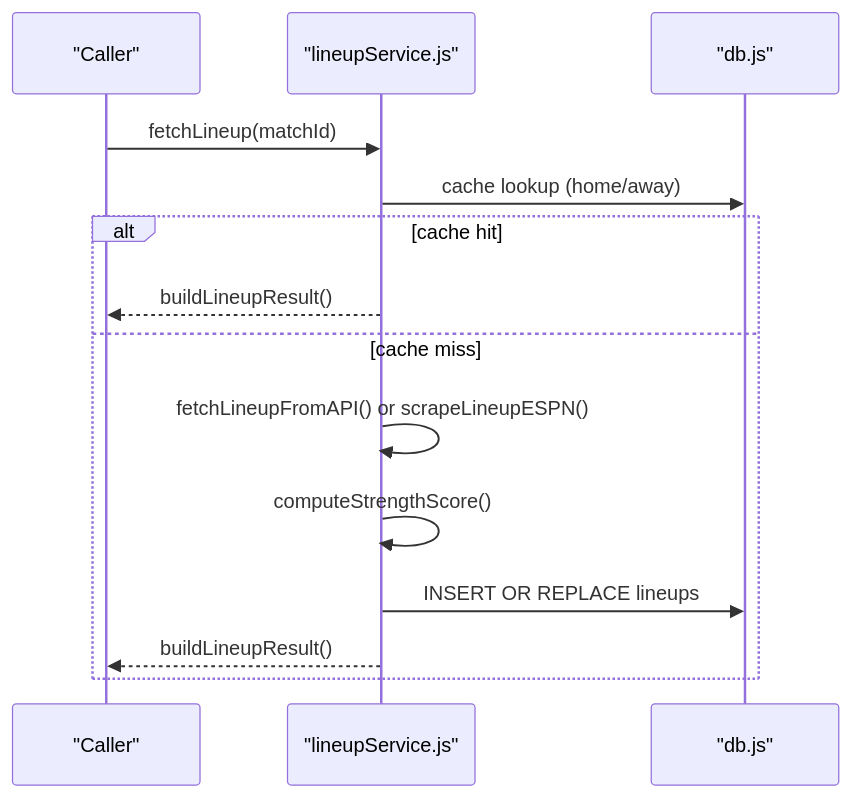
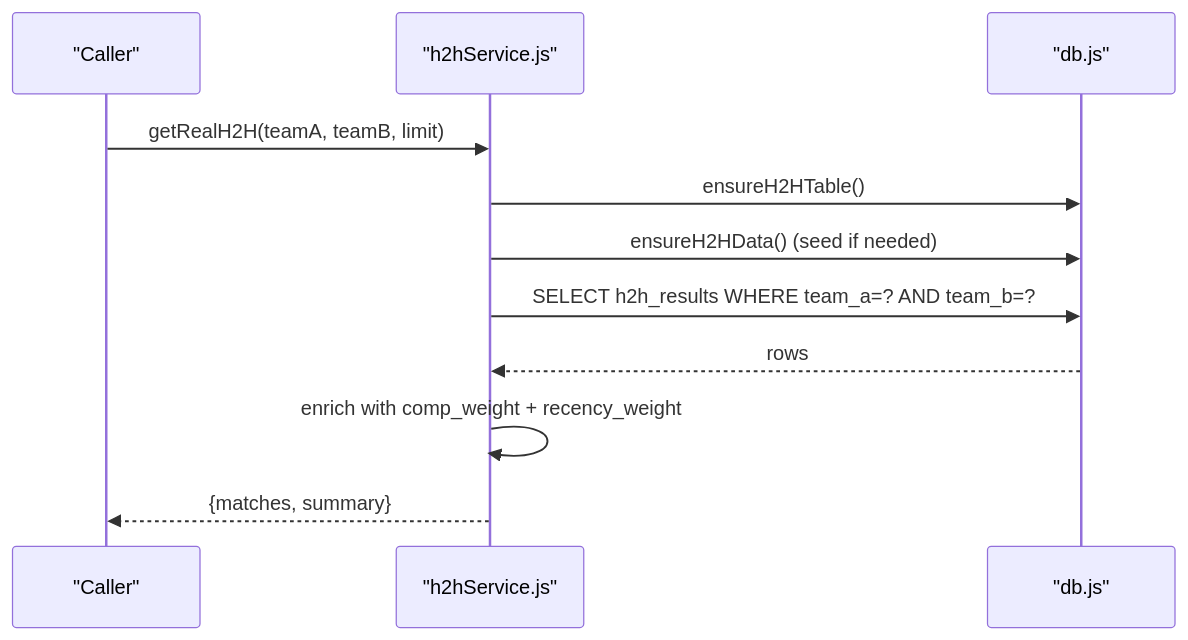
One commit to cheesiong/WC26-qwen changed the fourth of 8 diagrams in .qoder/repowiki/en/content/Data Services/Data Services.md. Above: the diagram before and after it, drawn with Mermaid. The commit also changed other lines of this file and 181 other files, not shown here.

````diff
--- a/.qoder/repowiki/en/content/Data Services/Data Services.md
+++ b/.qoder/repowiki/en/content/Data Services/Data Services.md
@@ -246,16 +225,13 @@
 ```mermaid
 sequenceDiagram
 participant Caller as "Caller"
-participant LS as "lineupService.js"
+participant H2H as "h2hService.js"
 participant DB as "db.js"
-Caller->>LS : fetchLineup(matchId)
-LS->>DB : cache lookup (home/away)
-alt cache hit
-LS-->>Caller : buildLineupResult()
-else cache miss
-LS->>LS : fetchLineupFromAPI() or scrapeLineupESPN()
-LS->>LS : computeStrengthScore()
-LS->>DB : INSERT OR REPLACE lineups
-LS-->>Caller : buildLineupResult()
-end
+Caller->>H2H : getRealH2H(teamA, teamB, limit)
+H2H->>DB : ensureH2HTable()
+H2H->>DB : ensureH2HData() (seed if needed)
+H2H->>DB : SELECT h2h_results WHERE team_a=? AND team_b=?
+DB-->>H2H : rows
+H2H->>H2H : enrich with comp_weight + recency_weight
+H2H-->>Caller : {matches, summary}
 ```
````
